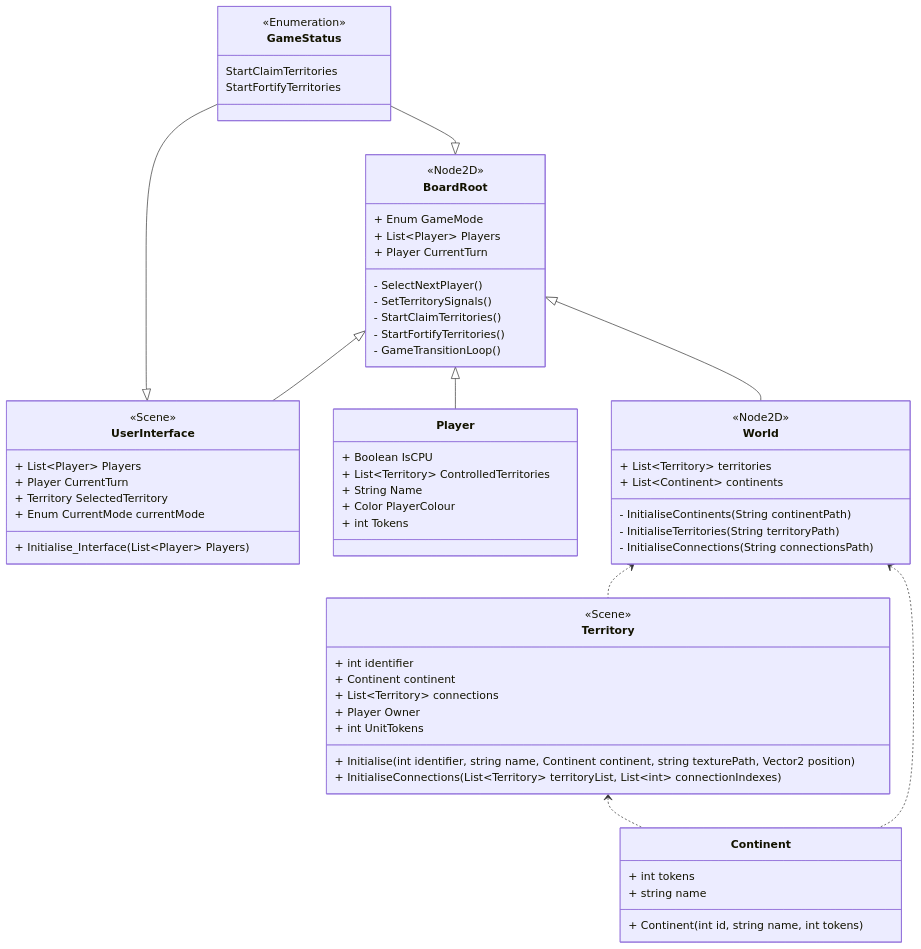
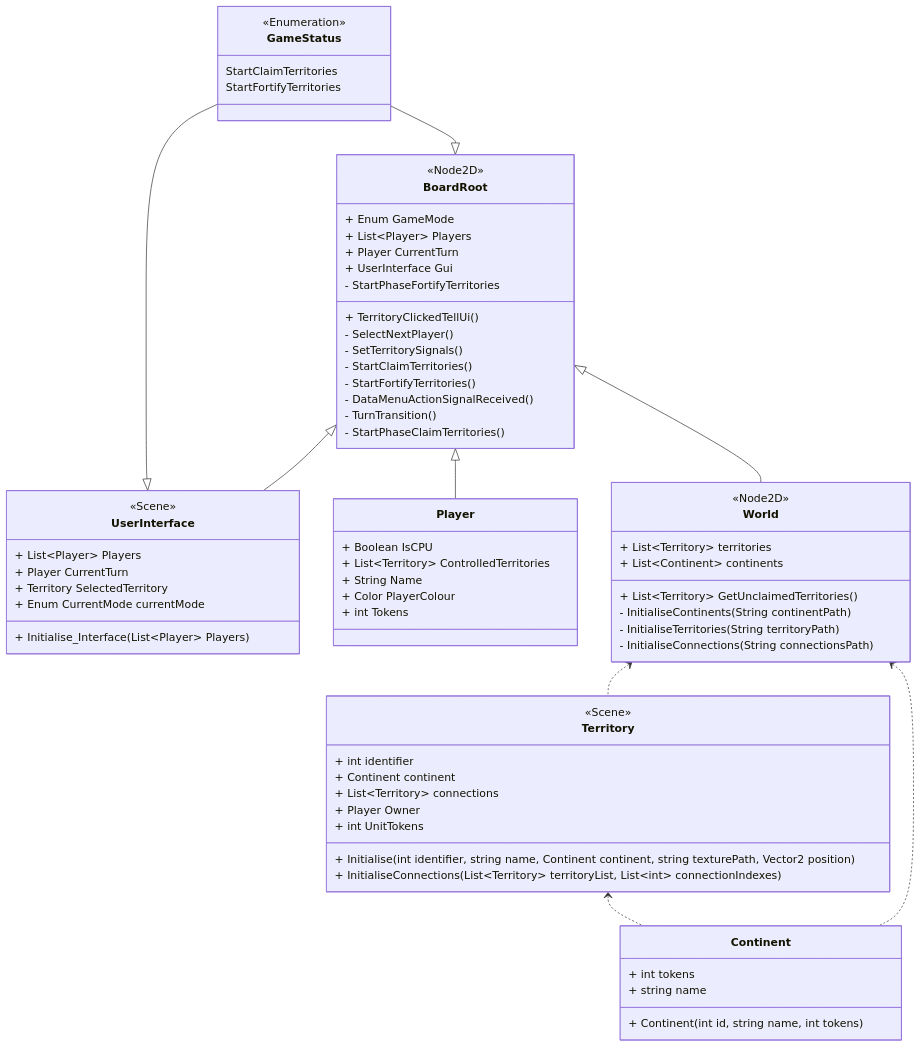
One commit to LukeS03/Y2_S2_SoftwareEngineeringProject changed the first of 4 diagrams in design/Sprint_02_Design.md. Above: the diagram before and after it, drawn with Mermaid. The commit also changed other lines of this file and 5 other files, not shown here.

Commit message:
"FEAT: Rebuilt the BoardRoot class responsible for game logic. The players can now claim territories."

````diff
--- a/design/Sprint_02_Design.md
+++ b/design/Sprint_02_Design.md
@@ -13,74 +13,80 @@
 ```mermaid
 classDiagram
     class BoardRoot {
         <<Node2D>>
         + Enum GameMode
         + List~Player~ Players
         + Player CurrentTurn
+        + UserInterface Gui
+        + TerritoryClickedTellUi()
         - SelectNextPlayer()
         - SetTerritorySignals()
         - StartClaimTerritories()
         - StartFortifyTerritories()
-        - GameTransitionLoop()
+        - DataMenuActionSignalReceived()
+        - TurnTransition()
+        - StartPhaseClaimTerritories()
+        - StartPhaseFortifyTerritories
     }
 
     class UserInterface {
         <<Scene>>
         + List~Player~ Players
         + Player CurrentTurn
         + Territory SelectedTerritory
         + Enum CurrentMode currentMode
         + Initialise_Interface(List~Player~ Players)
     }
 
     class GameStatus {
         <<Enumeration>>
         StartClaimTerritories
         StartFortifyTerritories
     }
 
     class Player {
         + Boolean IsCPU
         + List~Territory~ ControlledTerritories
         + String Name
         + Color PlayerColour
         + int Tokens
     }
 
     class World {
         <<Node2D>>
         + List~Territory~ territories
         + List~Continent~ continents
+        + List~Territory~ GetUnclaimedTerritories()
         - InitialiseContinents(String continentPath)
         - InitialiseTerritories(String territoryPath)
         - InitialiseConnections(String connectionsPath)
     }
 
 
     class Territory {
         <<Scene>>
         + int identifier
         + Continent continent
         + List~Territory~ connections
         + Player Owner
         + int UnitTokens
         + Initialise(int identifier, string name, Continent continent, string texturePath, Vector2 position)
         + InitialiseConnections(List~Territory~ territoryList, List~int~ connectionIndexes)
     }
 
     class Continent {
         + int tokens
         + string name
         + Continent(int id, string name, int tokens)
     }
 
     BoardRoot <|-- UserInterface
     BoardRoot <|-- Player
     BoardRoot <|-- World
     World <.. Territory
     World <.. Continent
     Territory <.. Continent
     GameStatus --|> UserInterface
     GameStatus--|>BoardRoot
     
 ```
````
